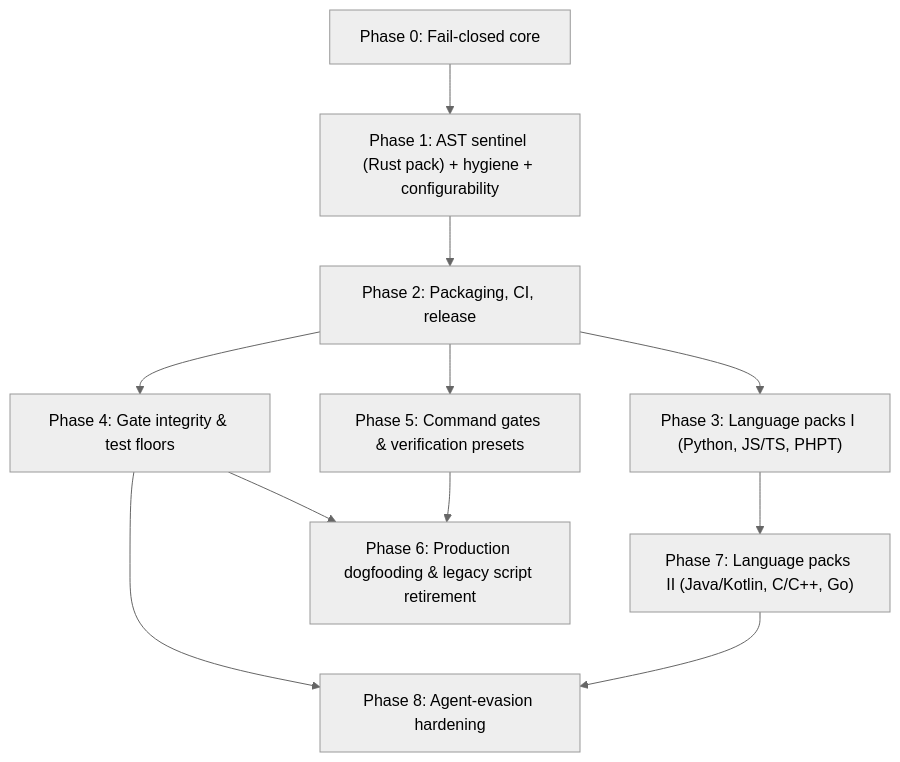
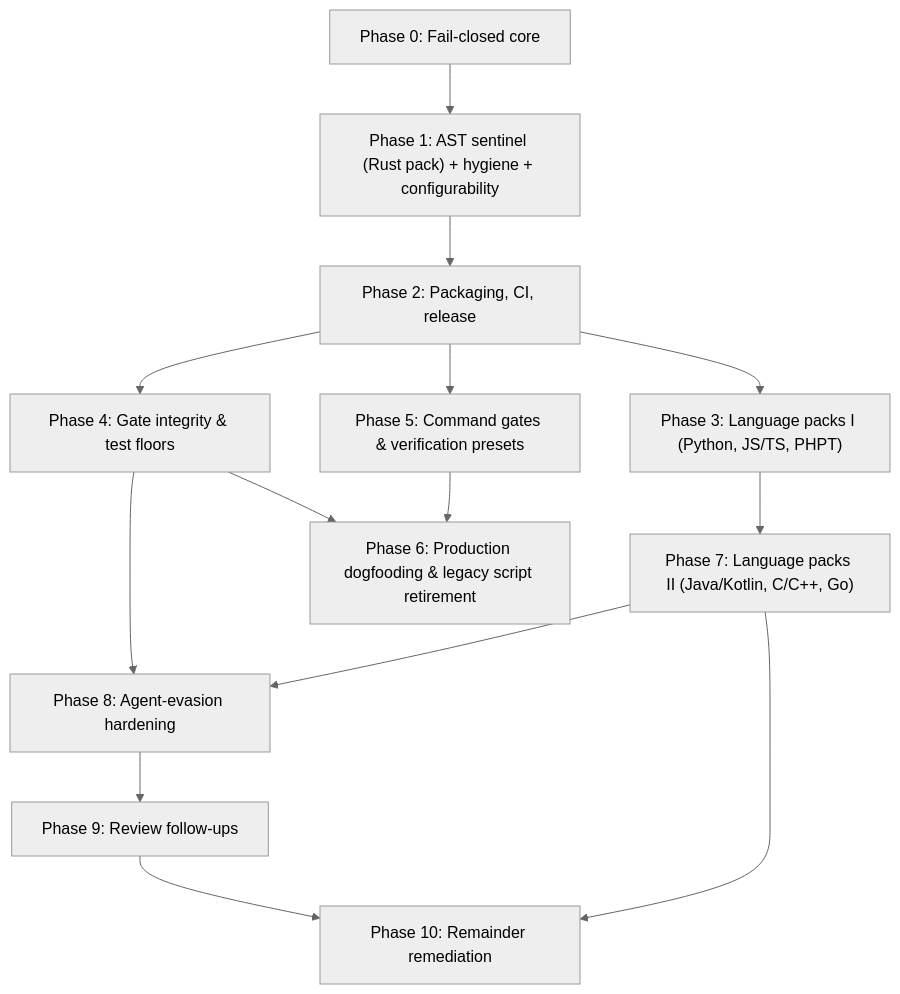
One commit to actions-marketplace-validations/orieg_discipline changed the diagram in docs/ROADMAP.md. Above: the diagram before and after it, drawn with Mermaid (neutral theme). The commit also changed other lines of this file and 2 other files, not shown here.

First line of the commit message:
docs: describe build-hooks in the README and on the site; Phase 10 remediation plan (#130)

````diff
--- a/docs/ROADMAP.md
+++ b/docs/ROADMAP.md
@@ -17,13 +17,16 @@
 ```mermaid
 flowchart TD
     P0["Phase 0: Fail-closed core"] --> P1["Phase 1: AST sentinel (Rust pack) + hygiene + configurability"]
     P1 --> P2["Phase 2: Packaging, CI, release"]
     P2 --> P3["Phase 3: Language packs I (Python, JS/TS, PHPT)"]
     P2 --> P4["Phase 4: Gate integrity & test floors"]
     P2 --> P5["Phase 5: Command gates & verification presets"]
     P3 --> P7["Phase 7: Language packs II (Java/Kotlin, C/C++, Go)"]
     P4 --> P6["Phase 6: Production dogfooding & legacy script retirement"]
     P5 --> P6
     P4 --> P8["Phase 8: Agent-evasion hardening"]
+    P8 --> P9["Phase 9: Review follow-ups"]
+    P9 --> P10["Phase 10: Remainder remediation"]
+    P7 --> P10
     P7 --> P8
 ```
````
